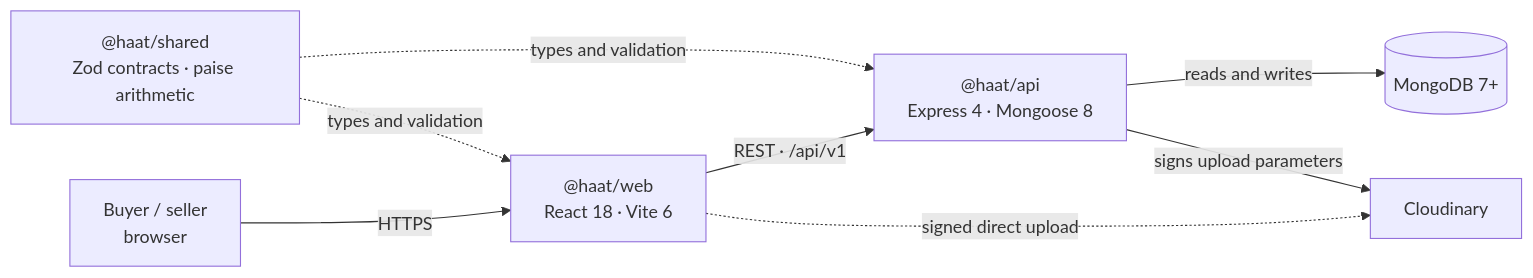
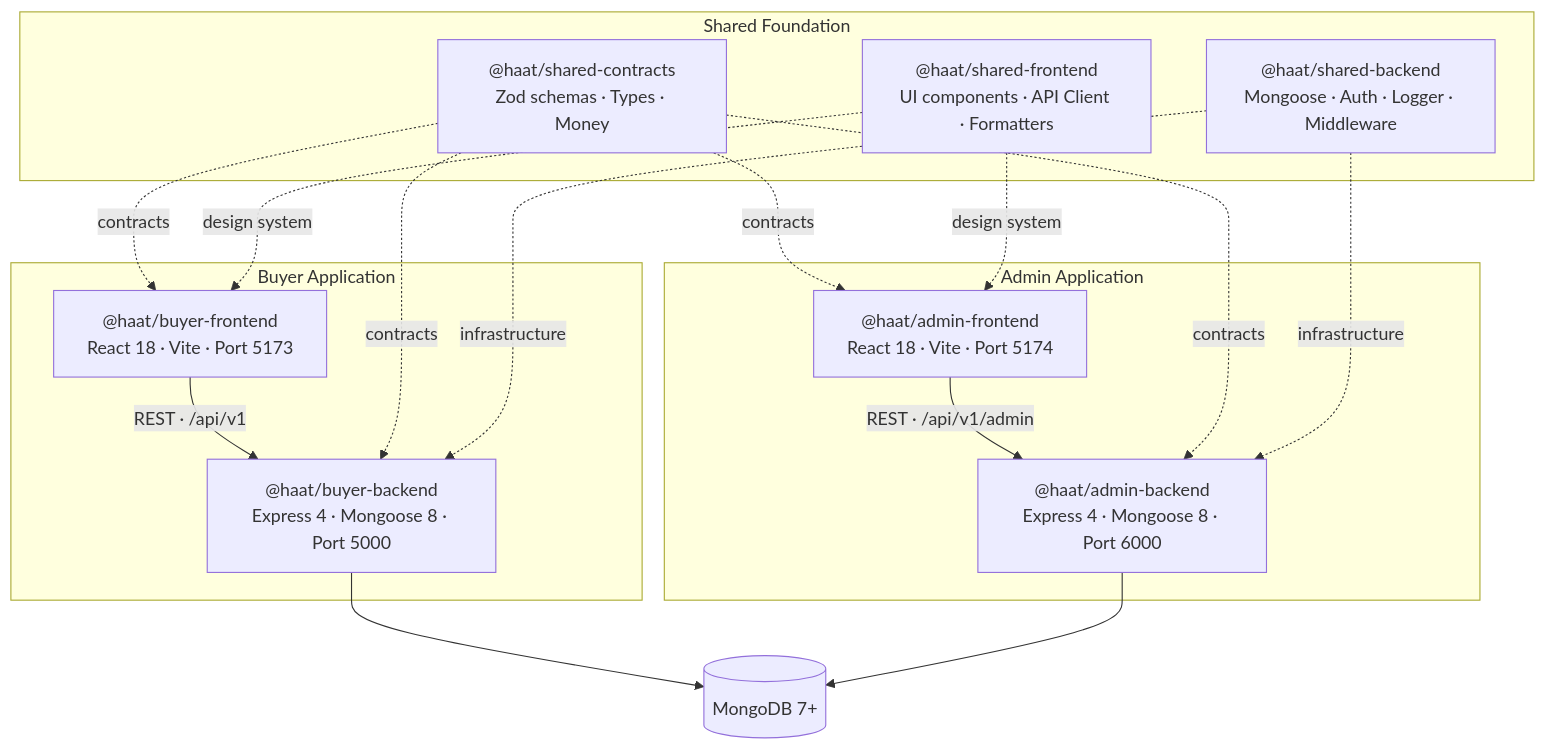
Before and after one commit to Notookk/Haat: the diagram in README.md, drawn with Mermaid. The commit also changed other lines of this file and 486 other files, not shown here.

Commit message:
feat: add admin backend and frontend services with modular architecture

````diff
--- a/README.md
+++ b/README.md
@@ -62,10 +60,27 @@
 ```mermaid
-flowchart LR
-  U["Buyer / seller<br/>browser"] -->|"HTTPS"| W["@haat/web<br/>React 18 · Vite 6"]
-  W -->|"REST · /api/v1"| A["@haat/api<br/>Express 4 · Mongoose 8"]
-  W -.->|"signed direct upload"| C["Cloudinary"]
-  A -->|"reads and writes"| M[("MongoDB 7+")]
-  A -->|"signs upload parameters"| C
-  S["@haat/shared<br/>Zod contracts · paise arithmetic"] -.->|"types and validation"| W
-  S -.->|"types and validation"| A
+flowchart TD
+  subgraph BuyerApp ["Buyer Application"]
+    BF["@haat/buyer-frontend<br/>React 18 · Vite · Port 5173"]
+    BB["@haat/buyer-backend<br/>Express 4 · Mongoose 8 · Port 5000"]
+    BF -->|"REST · /api/v1"| BB
+  end
+
+  subgraph AdminApp ["Admin Application"]
+    AF["@haat/admin-frontend<br/>React 18 · Vite · Port 5174"]
+    AB["@haat/admin-backend<br/>Express 4 · Mongoose 8 · Port 6000"]
+    AF -->|"REST · /api/v1/admin"| AB
+  end
+
+  subgraph Shared ["Shared Foundation"]
+    SC["@haat/shared-contracts<br/>Zod schemas · Types · Money"]
+    SB["@haat/shared-backend<br/>Mongoose · Auth · Logger · Middleware"]
+    SF["@haat/shared-frontend<br/>UI components · API Client · Formatters"]
+  end
+
+  SC -.->|"contracts"| BB & AB & BF & AF
+  SB -.->|"infrastructure"| BB & AB
+  SF -.->|"design system"| BF & AF
+
+  BB --> M[("MongoDB 7+")]
+  AB --> M
 ```
````
